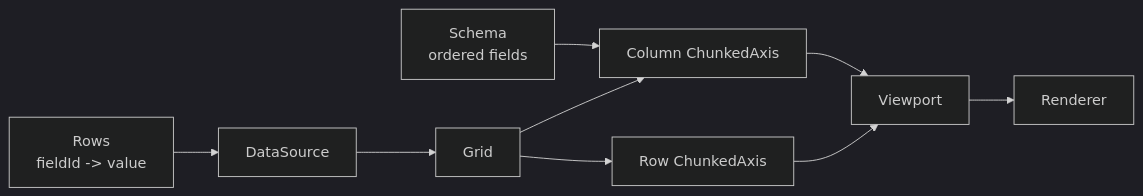
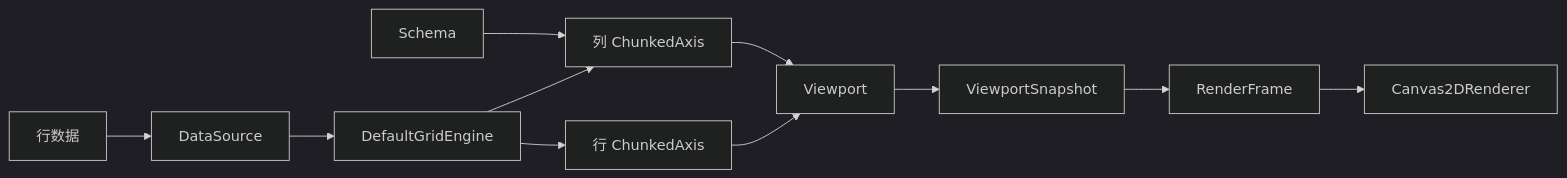
The fourth of 5 diagrams in docs/architecture.md (r1005410078/NovaSheet), drawn with Mermaid (dark theme) before and after one commit. The commit also changed other lines of this file and 23 other files, not shown here.

````diff
--- a/docs/architecture.md
+++ b/docs/architecture.md
@@ -145,11 +185,13 @@
 ```mermaid
 flowchart LR
-  Schema["Schema<br/>ordered fields"] --> ColAxis["Column ChunkedAxis"]
-  Rows["Rows<br/>fieldId -> value"] --> DataSource["DataSource"]
-  DataSource --> Grid
-  Grid --> RowAxis["Row ChunkedAxis"]
-  Grid --> ColAxis
-  RowAxis --> Viewport
-  ColAxis --> Viewport
-  Viewport --> Renderer
+  Schema["Schema"] --> ColAxis["列 ChunkedAxis"]
+  Rows["行数据"] --> DS["DataSource"]
+  DS --> Engine["DefaultGridEngine"]
+  Engine --> RowAxis["行 ChunkedAxis"]
+  Engine --> ColAxis
+  RowAxis --> VP["Viewport"]
+  ColAxis --> VP
+  VP --> Snap["ViewportSnapshot"]
+  Snap --> Frame["RenderFrame"]
+  Frame --> Renderer["Canvas2DRenderer"]
 ```
````
